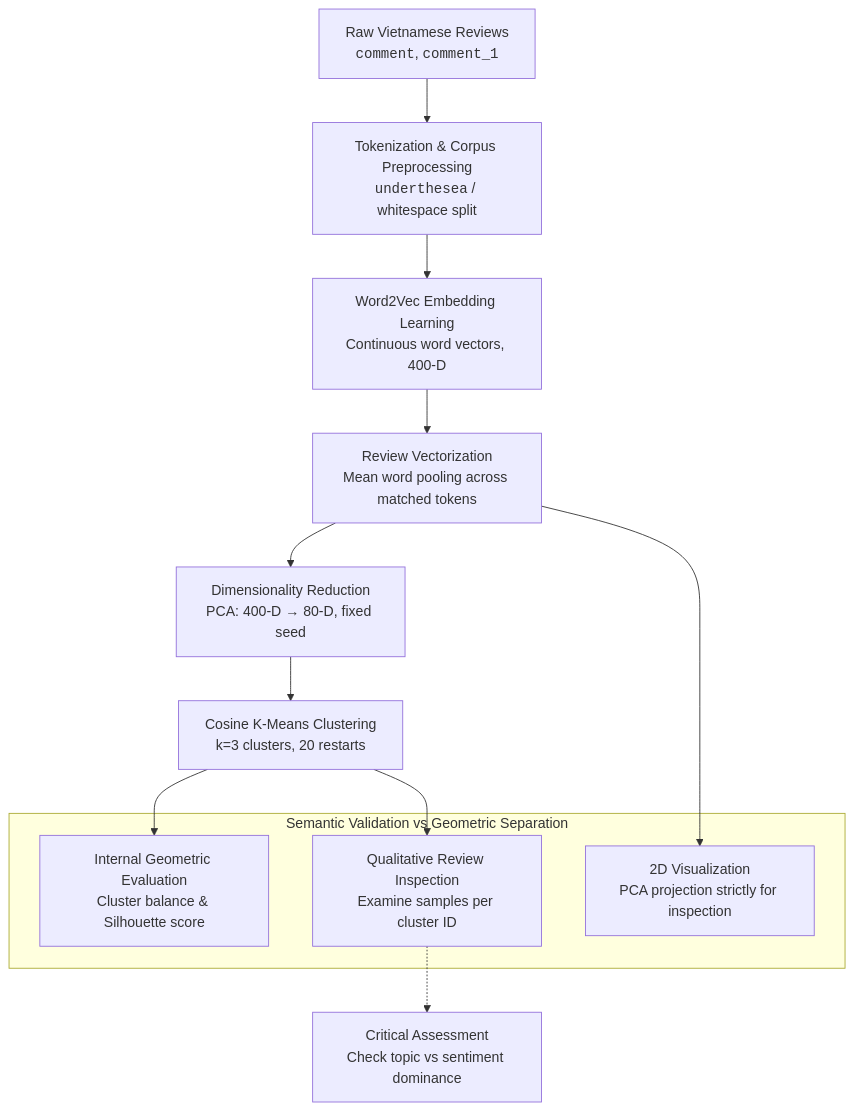
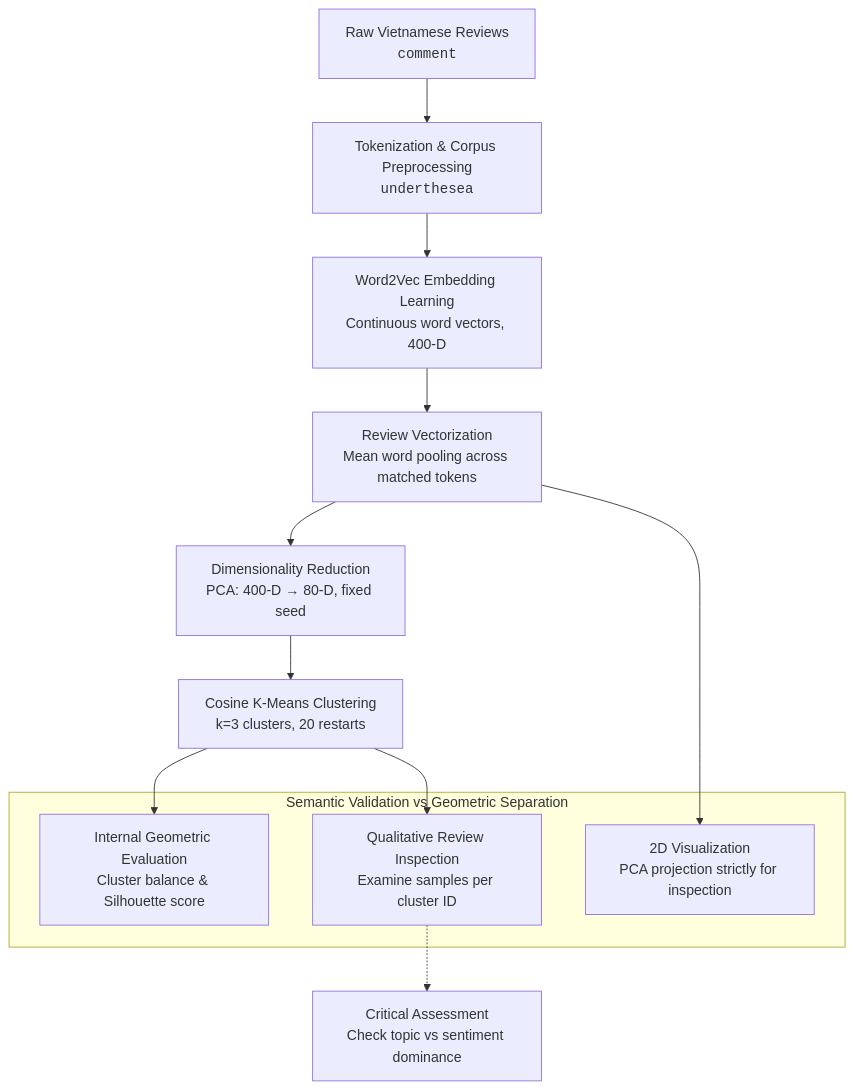
One commit to Phat-pham99/Unsupervised_sentiment_analysis changed the diagram in README.md. Above: the diagram before and after it, drawn with Mermaid. The commit also changed other lines of this file, not shown here.

````diff
--- a/README.md
+++ b/README.md
@@ -82,20 +87,20 @@
 ```mermaid
 flowchart TD
-    A[Raw Vietnamese Reviews<br/><code>comment</code>, <code>comment_1</code>] --> B[Tokenization & Corpus Preprocessing<br/><code>underthesea</code> / whitespace split]
+    A[Raw Vietnamese Reviews<br/><code>comment</code>] --> B[Tokenization & Corpus Preprocessing<br/><code>underthesea</code>]
     B --> C[Word2Vec Embedding Learning<br/>Continuous word vectors, 400-D]
     C --> D[Review Vectorization<br/>Mean word pooling across matched tokens]
     D --> E[Dimensionality Reduction<br/>PCA: 400-D → 80-D, fixed seed]
     E --> F[Cosine K-Means Clustering<br/>k=3 clusters, 20 restarts]
 
     F --> G[Internal Geometric Evaluation<br/>Cluster balance & Silhouette score]
     D --> H[2D Visualization<br/>PCA projection strictly for inspection]
     F --> I[Qualitative Review Inspection<br/>Examine samples per cluster ID]
 
     subgraph Evaluation [ Semantic Validation vs Geometric Separation ]
         G
         H
         I
     end
 
     I -.-> J[Critical Assessment<br/>Check topic vs sentiment dominance]
 ```
````
